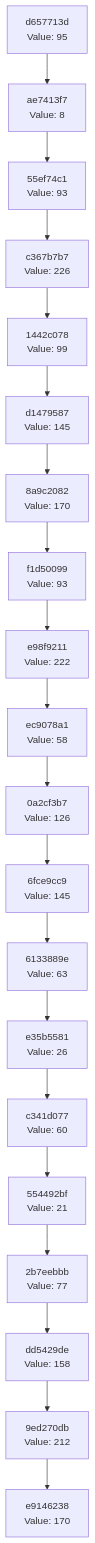
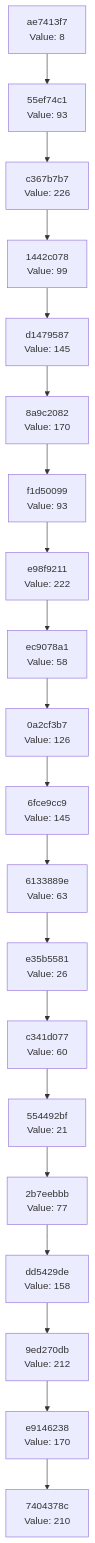
The diagram in docs/CHAIN_VISUALIZATION.md (Abhisheksinha1506/hash-chain-evolver), drawn with Mermaid before and after one commit. The commit also changed 2 other files, not shown here.

Commit message:
Evolution Step

````diff
--- a/docs/CHAIN_VISUALIZATION.md
+++ b/docs/CHAIN_VISUALIZATION.md
@@ -3,42 +3,42 @@
 ```mermaid
 graph TD
-    C0["e9146238<br/>Value: 170"]
-    C1["9ed270db<br/>Value: 212"]
+    C0["7404378c<br/>Value: 210"]
+    C1["e9146238<br/>Value: 170"]
     C1 --> C0
-    C2["dd5429de<br/>Value: 158"]
+    C2["9ed270db<br/>Value: 212"]
     C2 --> C1
-    C3["2b7eebbb<br/>Value: 77"]
+    C3["dd5429de<br/>Value: 158"]
     C3 --> C2
-    C4["554492bf<br/>Value: 21"]
+    C4["2b7eebbb<br/>Value: 77"]
     C4 --> C3
-    C5["c341d077<br/>Value: 60"]
+    C5["554492bf<br/>Value: 21"]
     C5 --> C4
-    C6["e35b5581<br/>Value: 26"]
+    C6["c341d077<br/>Value: 60"]
     C6 --> C5
-    C7["6133889e<br/>Value: 63"]
+    C7["e35b5581<br/>Value: 26"]
     C7 --> C6
-    C8["6fce9cc9<br/>Value: 145"]
+    C8["6133889e<br/>Value: 63"]
     C8 --> C7
-    C9["0a2cf3b7<br/>Value: 126"]
+    C9["6fce9cc9<br/>Value: 145"]
     C9 --> C8
-    C10["ec9078a1<br/>Value: 58"]
+    C10["0a2cf3b7<br/>Value: 126"]
     C10 --> C9
-    C11["e98f9211<br/>Value: 222"]
+    C11["ec9078a1<br/>Value: 58"]
     C11 --> C10
-    C12["f1d50099<br/>Value: 93"]
+    C12["e98f9211<br/>Value: 222"]
     C12 --> C11
-    C13["8a9c2082<br/>Value: 170"]
+    C13["f1d50099<br/>Value: 93"]
     C13 --> C12
-    C14["d1479587<br/>Value: 145"]
+    C14["8a9c2082<br/>Value: 170"]
     C14 --> C13
-    C15["1442c078<br/>Value: 99"]
+    C15["d1479587<br/>Value: 145"]
     C15 --> C14
-    C16["c367b7b7<br/>Value: 226"]
+    C16["1442c078<br/>Value: 99"]
     C16 --> C15
-    C17["55ef74c1<br/>Value: 93"]
+    C17["c367b7b7<br/>Value: 226"]
     C17 --> C16
-    C18["ae7413f7<br/>Value: 8"]
+    C18["55ef74c1<br/>Value: 93"]
     C18 --> C17
-    C19["d657713d<br/>Value: 95"]
+    C19["ae7413f7<br/>Value: 8"]
     C19 --> C18
 ```
````
